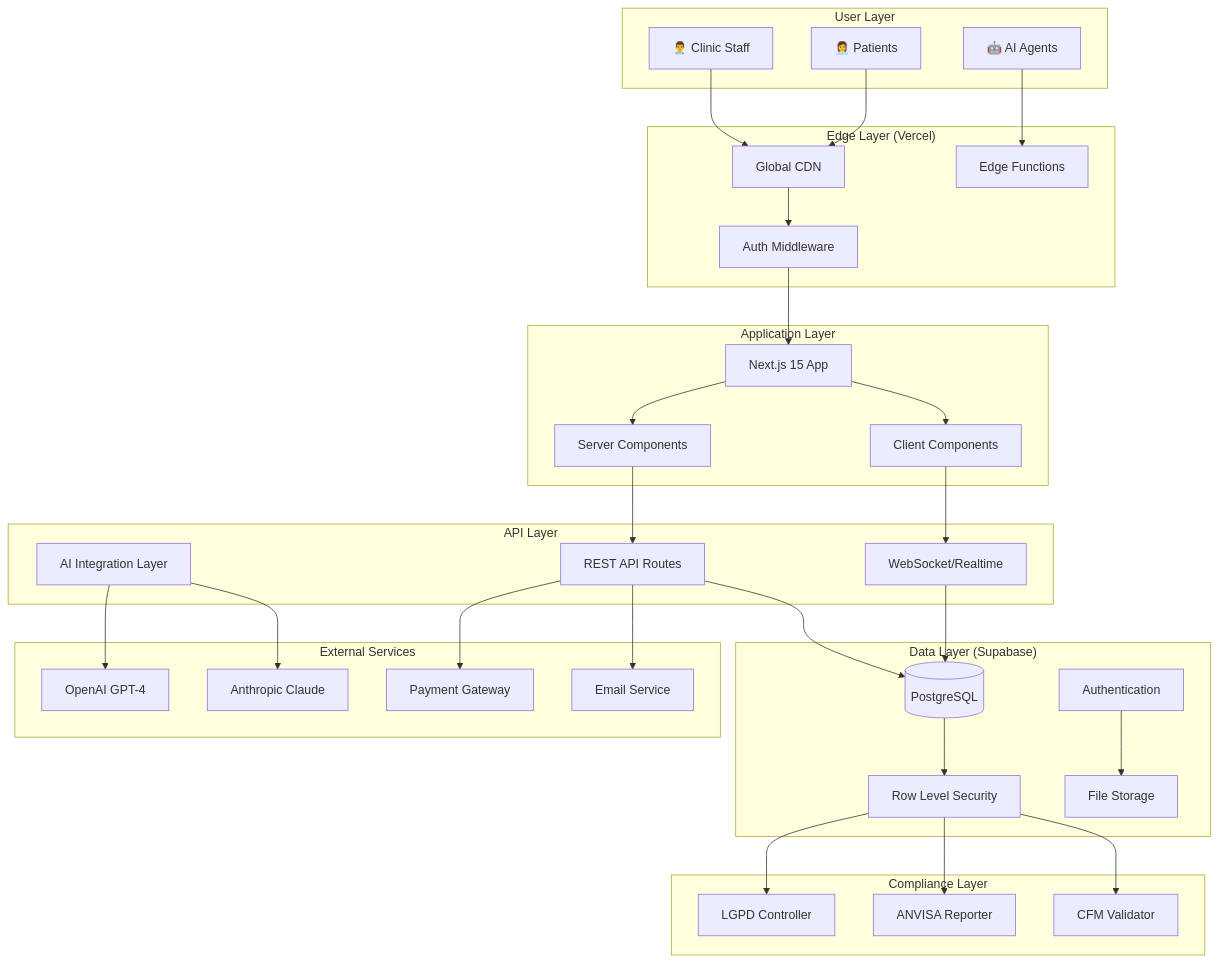
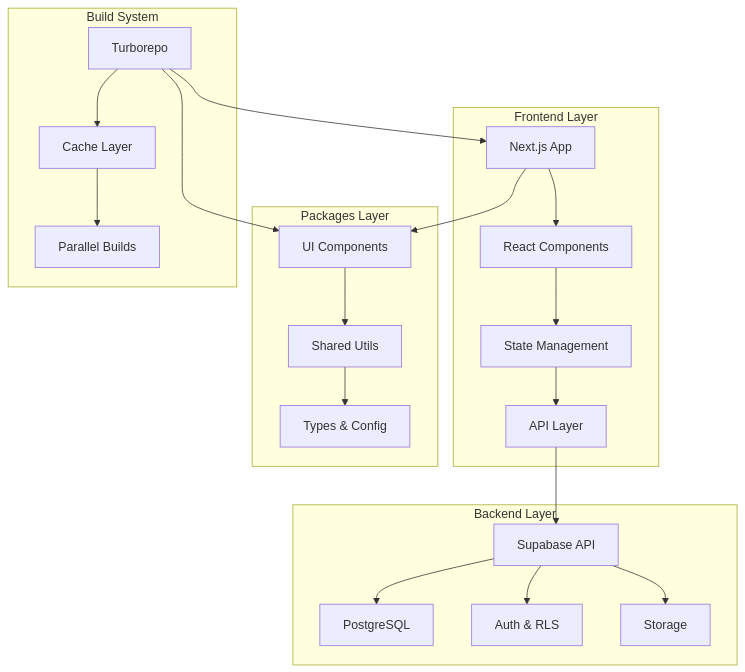
Before and after one commit to GrupoUS/neonpro: the diagram in docs/architecture.md, drawn with Mermaid. The commit also changed other lines of this file and 1761 other files, not shown here.

````diff
--- a/docs/architecture.md
+++ b/docs/architecture.md
@@ -80,72 +68,29 @@
 ```mermaid
 graph TB
-    subgraph "User Layer"
-        U[👨‍⚕️ Clinic Staff]
-        P[👩‍💼 Patients]
-        A[🤖 AI Agents]
+    subgraph "Frontend Layer"
+        A[Next.js App] --> B[React Components]
+        B --> C[State Management]
+        C --> D[API Layer]
     end
     
-    subgraph "Edge Layer (Vercel)"
-        CDN[Global CDN]
-        EF[Edge Functions]
-        MW[Auth Middleware]
+    subgraph "Packages Layer"
+        E[UI Components] --> F[Shared Utils]
+        F --> G[Types & Config]
     end
     
-    subgraph "Application Layer"
-        UI[Next.js 15 App]
-        SC[Server Components]
-        CC[Client Components]
+    subgraph "Backend Layer"
+        H[Supabase API] --> I[PostgreSQL]
+        H --> J[Auth & RLS]
+        H --> K[Storage]
     end
     
-    subgraph "API Layer"
-        REST[REST API Routes]
-        WS[WebSocket/Realtime]
-        AI_API[AI Integration Layer]
+    subgraph "Build System"
+        L[Turborepo] --> M[Cache Layer]
+        M --> N[Parallel Builds]
     end
     
-    subgraph "Data Layer (Supabase)"
-        PG[(PostgreSQL)]
-        RLS[Row Level Security]
-        STORAGE[File Storage]
-        AUTH[Authentication]
-    end
-    
-    subgraph "Compliance Layer"
-        LGPD[LGPD Controller]
-        ANVISA[ANVISA Reporter]
-        CFM[CFM Validator]
-    end
-    
-    subgraph "External Services"
-        OPENAI[OpenAI GPT-4]
-        CLAUDE[Anthropic Claude]
-        PAYMENT[Payment Gateway]
-        EMAIL[Email Service]
-    end
-    
-    U --> CDN
-    P --> CDN
-    A --> EF
-    
-    CDN --> MW
-    MW --> UI
-    
-    UI --> SC
-    UI --> CC
-    SC --> REST
-    CC --> WS
-    
-    REST --> PG
-    WS --> PG
-    AI_API --> OPENAI
-    AI_API --> CLAUDE
-    
-    PG --> RLS
-    RLS --> LGPD
-    RLS --> ANVISA
-    RLS --> CFM
-    
-    AUTH --> STORAGE
-    REST --> PAYMENT
-    REST --> EMAIL
+    A --> E
+    D --> H
+    L --> A
+    L --> E
 ```
````
